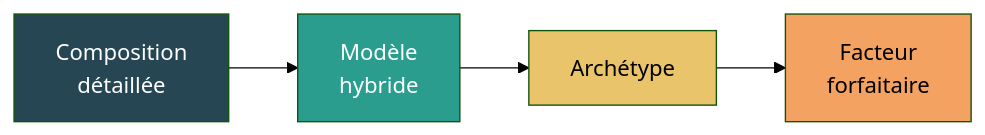
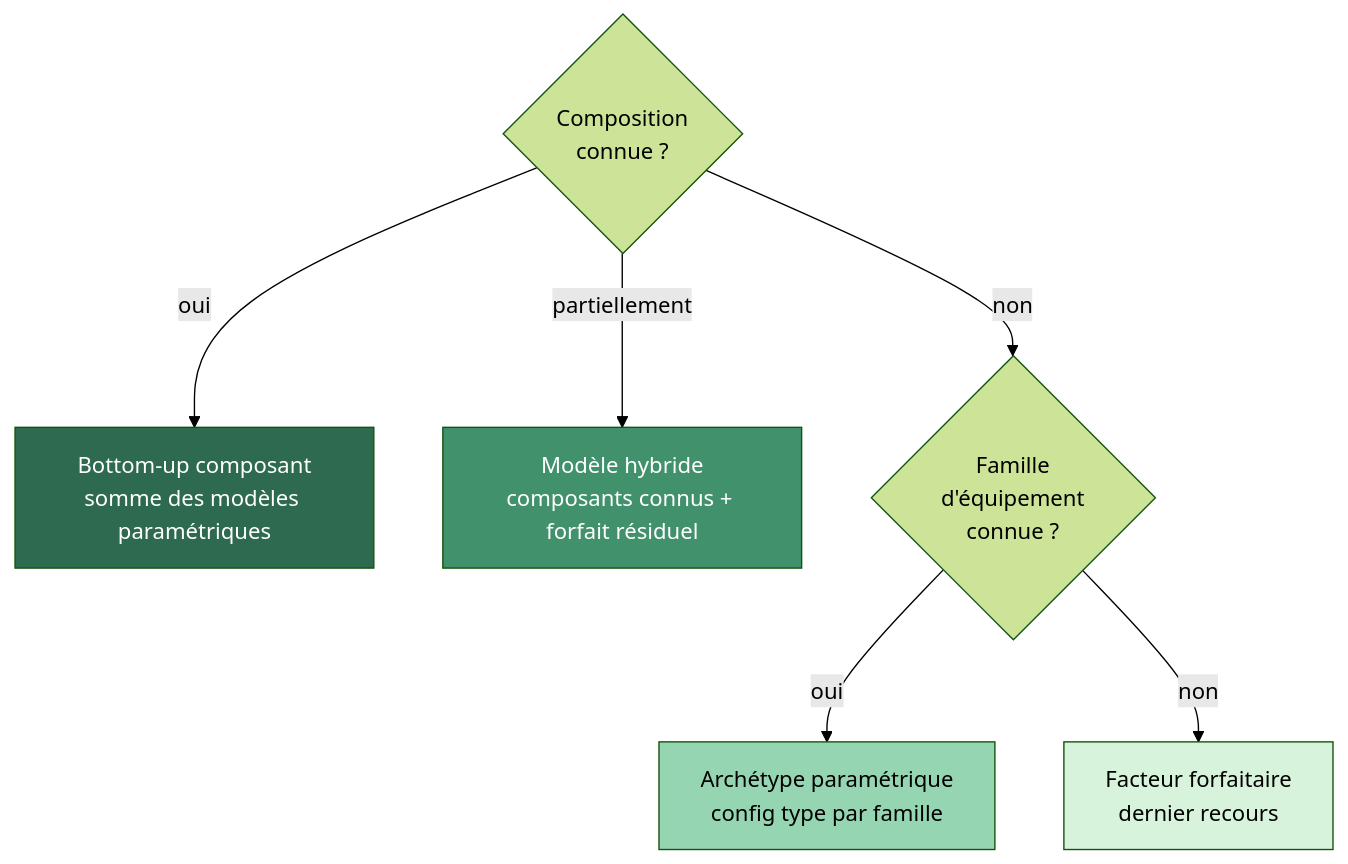
The first of 3 diagrams in docs/modelisation/modelisation-d-un-equipement.md (digital4better/methodology), drawn with Mermaid (forest theme) before and after one commit. The commit also changed other lines of this file and 2 other files, not shown here.

First line of the commit message:
Pivot to bottom-up component methodology as primary approach

````diff
--- a/docs/modelisation/modelisation-d-un-equipement.md
+++ b/docs/modelisation/modelisation-d-un-equipement.md
@@ -13,11 +27,13 @@
 ```mermaid
-flowchart LR
-    A[Composition<br>détaillée] --> B[Modèle<br>hybride]
-    B --> C[Archétype]
-    C --> D[Facteur<br>forfaitaire]
+flowchart TD
+    A{Composition<br>connue ?} -- oui --> B[Bottom-up composant<br>somme des modèles paramétriques]
+    A -- partiellement --> C[Modèle hybride<br>composants connus + forfait résiduel]
+    A -- non --> D{Famille<br>d'équipement<br>connue ?}
+    D -- oui --> E[Archétype paramétrique<br>config type par famille]
+    D -- non --> F[Facteur forfaitaire<br>dernier recours]
 
-    style A fill:#264653,color:#fff
-    style B fill:#2a9d8f,color:#fff
-    style C fill:#e9c46a,color:#000
-    style D fill:#f4a261,color:#000
+    style B fill:#2d6a4f,color:#fff
+    style C fill:#40916c,color:#fff
+    style E fill:#95d5b2,color:#000
+    style F fill:#d8f3dc,color:#000
 ```
````
